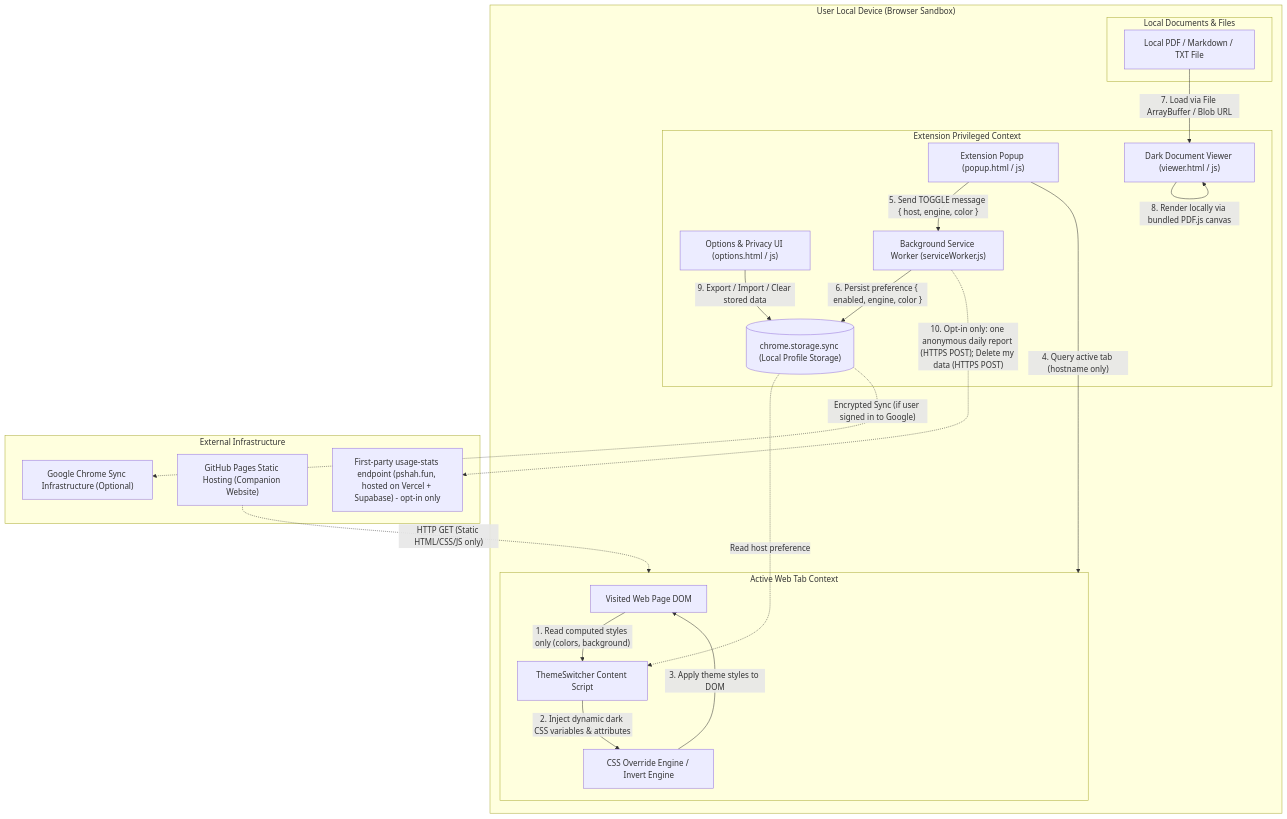
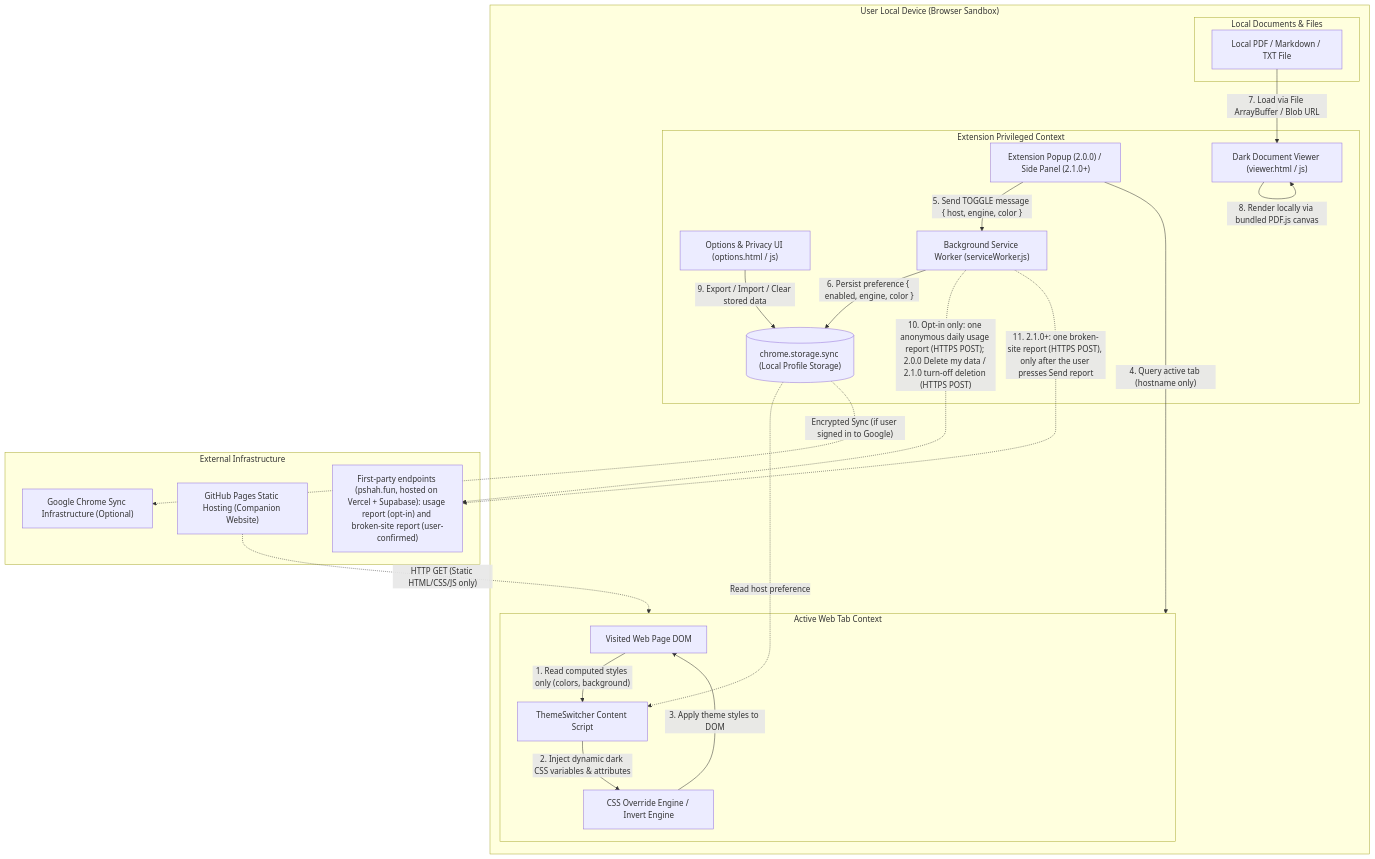
The diagram in documentation/privacy/data-flow.md (pshah-lab/force-dark-mode-extension), drawn with Mermaid before and after one commit. The commit also changed other lines of this file and 10 other files, not shown here.

````diff
--- a/documentation/privacy/data-flow.md
+++ b/documentation/privacy/data-flow.md
@@ -9,51 +9,52 @@
 ```mermaid
 flowchart TD
     subgraph ClientDevice ["User Local Device (Browser Sandbox)"]
         subgraph ActiveWebTab ["Active Web Tab Context"]
             WebPage["Visited Web Page DOM"]
             ContentScript["ThemeSwitcher Content Script"]
             CSSEngine["CSS Override Engine / Invert Engine"]
         end
 
         subgraph ExtensionContext ["Extension Privileged Context"]
-            PopupUI["Extension Popup (popup.html / js)"]
+            PopupUI["Extension Popup (2.0.0) / Side Panel (2.1.0+)"]
             OptionsUI["Options & Privacy UI (options.html / js)"]
             ViewerUI["Dark Document Viewer (viewer.html / js)"]
             SW["Background Service Worker (serviceWorker.js)"]
             SyncStorage[("chrome.storage.sync (Local Profile Storage)")]
         end
 
         subgraph LocalDocs ["Local Documents & Files"]
             PDFFile["Local PDF / Markdown / TXT File"]
         end
     end
 
     subgraph ExternalServices ["External Infrastructure"]
         GoogleSyncService["Google Chrome Sync Infrastructure (Optional)"]
         StaticCDN["GitHub Pages Static Hosting (Companion Website)"]
-        TelemetryAPI["First-party usage-stats endpoint (pshah.fun, hosted on Vercel + Supabase) - opt-in only"]
+        TelemetryAPI["First-party endpoints (pshah.fun, hosted on Vercel + Supabase): usage report (opt-in) and broken-site report (user-confirmed)"]
     end
 
     %% Content Script interactions
     WebPage -- "1. Read computed styles only (colors, background)" --> ContentScript
     ContentScript -- "2. Inject dynamic dark CSS variables & attributes" --> CSSEngine
     CSSEngine -- "3. Apply theme styles to DOM" --> WebPage
     SyncStorage -. "Read host preference" .-> ContentScript
 
     %% Popup interactions
     PopupUI -- "4. Query active tab (hostname only)" --> ActiveWebTab
     PopupUI -- "5. Send TOGGLE message { host, engine, color }" --> SW
     SW -- "6. Persist preference { enabled, engine, color }" --> SyncStorage
 
     %% Viewer interactions
     PDFFile -- "7. Load via File ArrayBuffer / Blob URL" --> ViewerUI
     ViewerUI -- "8. Render locally via bundled PDF.js canvas" --> ViewerUI
 
     %% Options interactions
     OptionsUI -- "9. Export / Import / Clear stored data" --> SyncStorage
 
     %% External boundaries
     SyncStorage -. "Encrypted Sync (if user signed in to Google)" .-> GoogleSyncService
     StaticCDN -. "HTTP GET (Static HTML/CSS/JS only)" .-> ActiveWebTab
-    SW -. "10. Opt-in only: one anonymous daily report (HTTPS POST); Delete my data (HTTPS POST)" .-> TelemetryAPI
+    SW -. "10. Opt-in only: one anonymous daily usage report (HTTPS POST); 2.0.0 Delete my data / 2.1.0 turn-off deletion (HTTPS POST)" .-> TelemetryAPI
+    SW -. "11. 2.1.0+: one broken-site report (HTTPS POST), only after the user presses Send report" .-> TelemetryAPI
 ```
````
